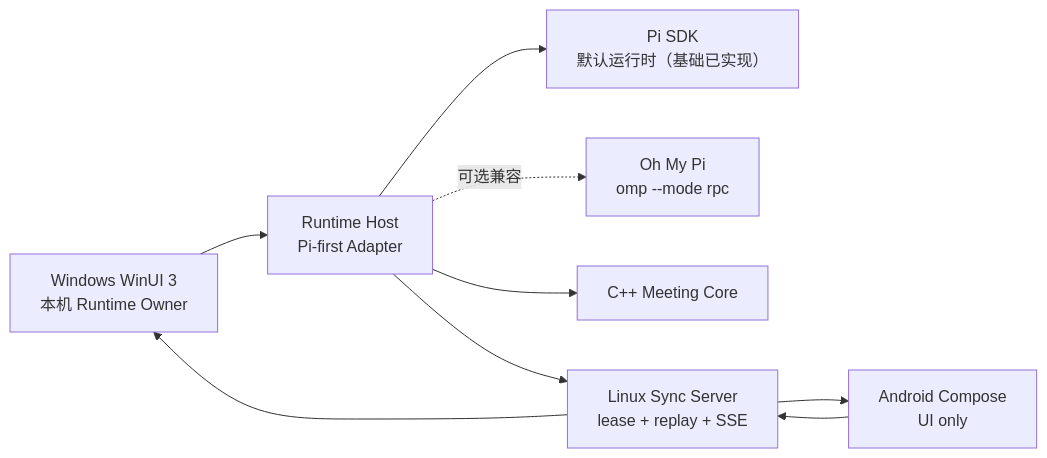
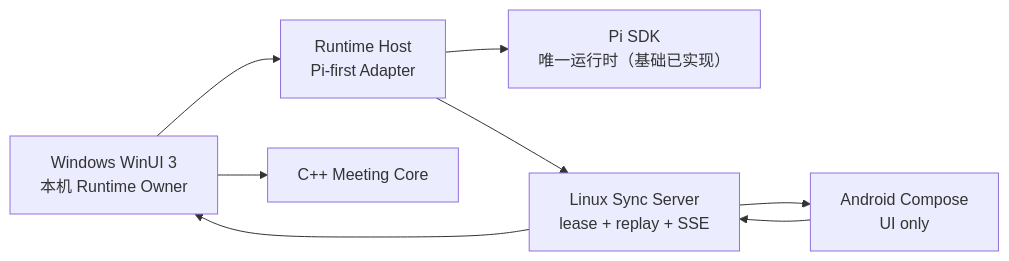
One commit to ShizkMoon/pi-roundtable changed the diagram in README.md. Above: the diagram before and after it, drawn with Mermaid. The commit also changed other lines of this file and 82 other files, not shown here.

````diff
--- a/README.md
+++ b/README.md
@@ -20,11 +20,10 @@
 ```mermaid
 flowchart LR
     W["Windows WinUI 3<br/>本机 Runtime Owner"] --> H["Runtime Host<br/>Pi-first Adapter"]
-    H --> P["Pi SDK<br/>默认运行时（基础已实现）"]
-    H -. "可选兼容" .-> O["Oh My Pi<br/>omp --mode rpc"]
-    H --> C["C++ Meeting Core"]
+    H --> P["Pi SDK<br/>唯一运行时（基础已实现）"]
+    W --> C["C++ Meeting Core"]
     H --> S["Linux Sync Server<br/>lease + replay + SSE"]
     A["Android Compose<br/>UI only"] --> S
     S --> A
     S --> W
 ```
````
